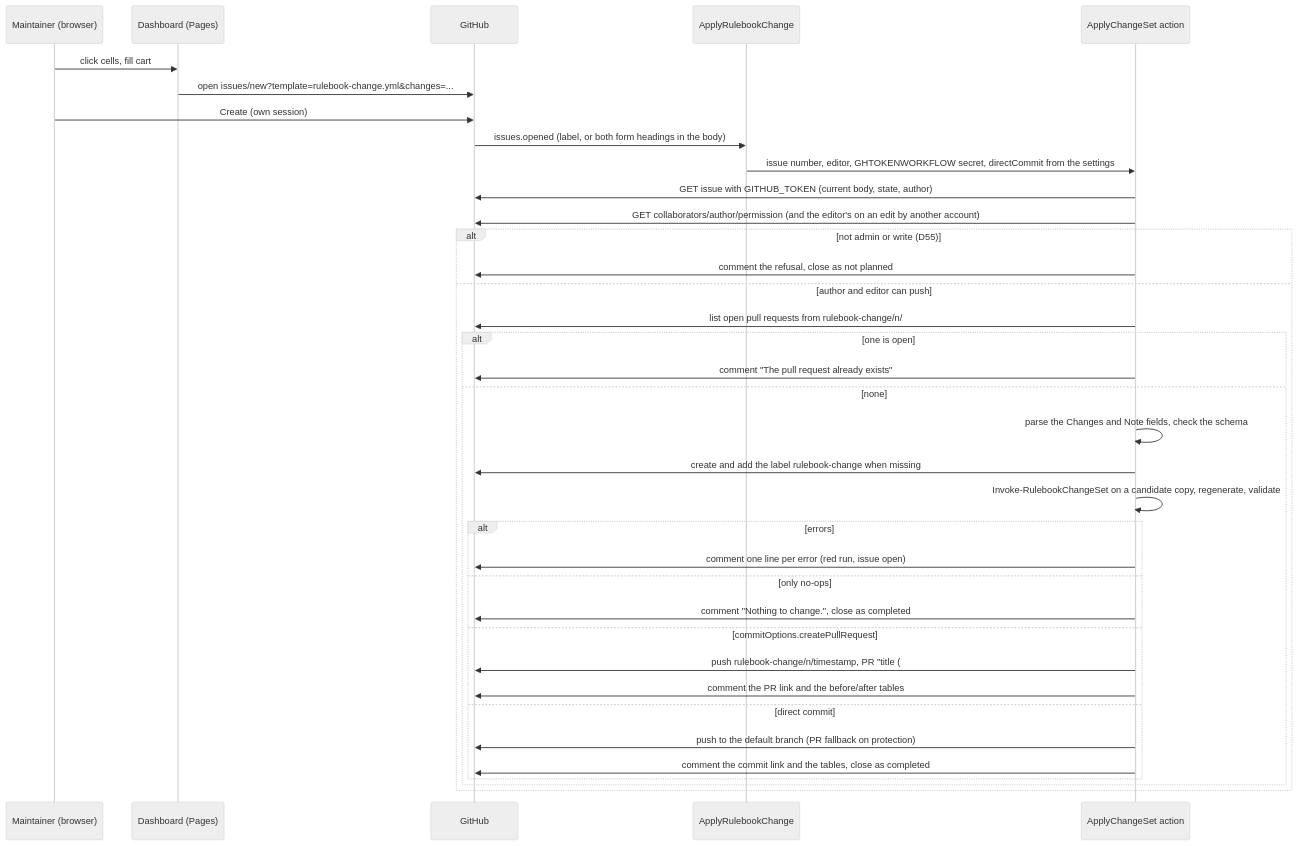
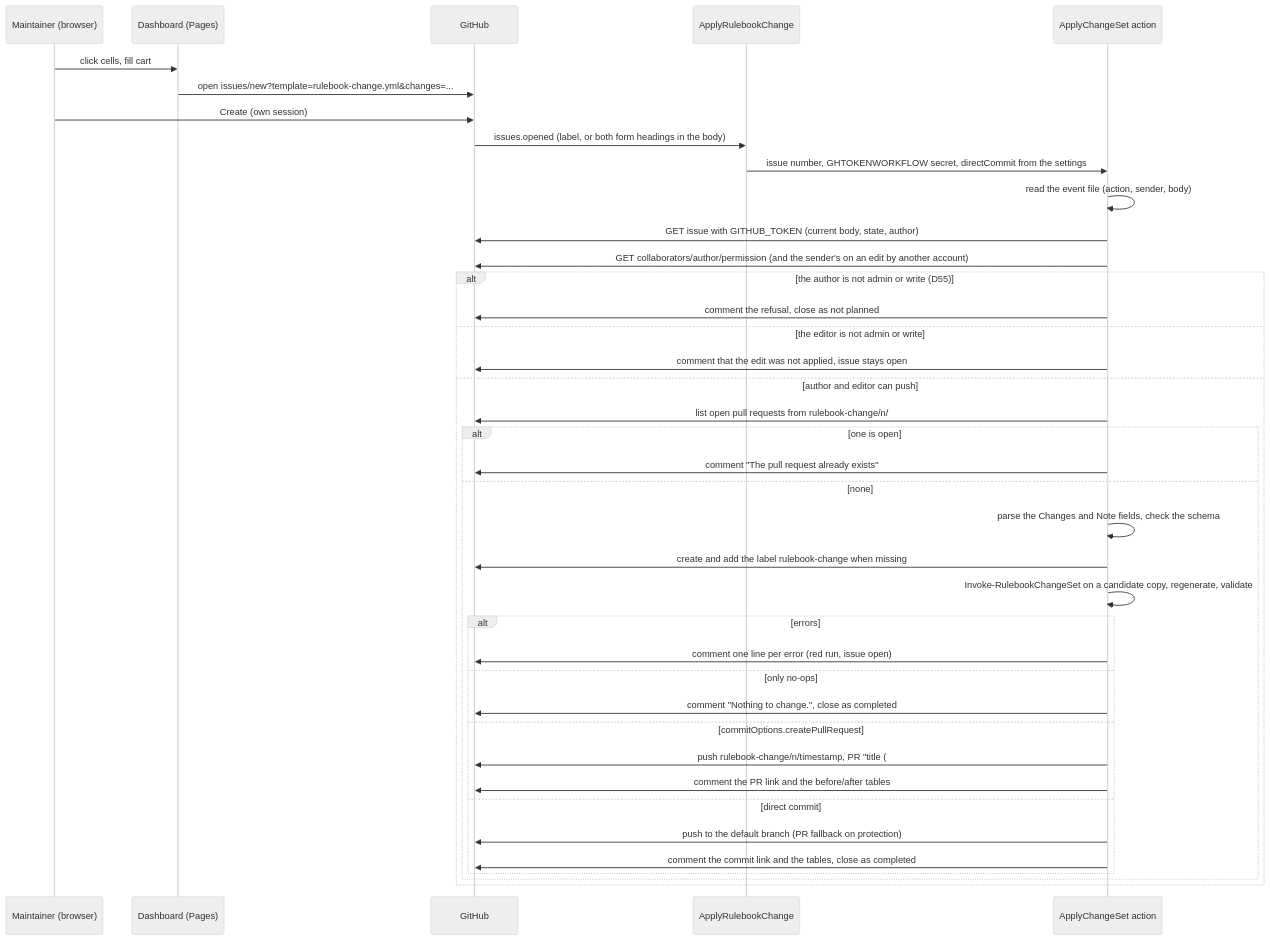
One commit to ALCops/rulebook-engine changed the diagram in docs/dashboard.md. Above: the diagram before and after it, drawn with Mermaid (neutral theme). The commit also changed other lines of this file and 4 other files, not shown here.

First line of the commit message:
ApplyChangeSet: the editor from the event file, the stale-body skip

````diff
--- a/docs/dashboard.md
+++ b/docs/dashboard.md
@@ -383,38 +382,41 @@
 ```mermaid
 sequenceDiagram
     participant U as Maintainer (browser)
     participant S as Dashboard (Pages)
     participant GH as GitHub
     participant WF as ApplyRulebookChange
     participant A as ApplyChangeSet action
     U->>S: click cells, fill cart
     S->>GH: open issues/new?template=rulebook-change.yml&changes=...
     U->>GH: Create (own session)
     GH->>WF: issues.opened (label, or both form headings in the body)
-    WF->>A: issue number, editor, GHTOKENWORKFLOW secret, directCommit from the settings
+    WF->>A: issue number, GHTOKENWORKFLOW secret, directCommit from the settings
+    A->>A: read the event file (action, sender, body)
     A->>GH: GET issue with GITHUB_TOKEN (current body, state, author)
-    A->>GH: GET collaborators/author/permission (and the editor's on an edit by another account)
-    alt not admin or write (D55)
+    A->>GH: GET collaborators/author/permission (and the sender's on an edit by another account)
+    alt the author is not admin or write (D55)
         A->>GH: comment the refusal, close as not planned
+    else the editor is not admin or write
+        A->>GH: comment that the edit was not applied, issue stays open
     else author and editor can push
         A->>GH: list open pull requests from rulebook-change/n/
         alt one is open
             A->>GH: comment "The pull request already exists"
         else none
             A->>A: parse the Changes and Note fields, check the schema
             A->>GH: create and add the label rulebook-change when missing
             A->>A: Invoke-RulebookChangeSet on a candidate copy, regenerate, validate
             alt errors
                 A->>GH: comment one line per error (red run, issue open)
             else only no-ops
                 A->>GH: comment "Nothing to change.", close as completed
             else commitOptions.createPullRequest
                 A->>GH: push rulebook-change/n/timestamp, PR "title (#n)" ending in "Closes #n"
                 A->>GH: comment the PR link and the before/after tables
             else direct commit
                 A->>GH: push to the default branch (PR fallback on protection)
                 A->>GH: comment the commit link and the tables, close as completed
             end
         end
     end
 ```
````
